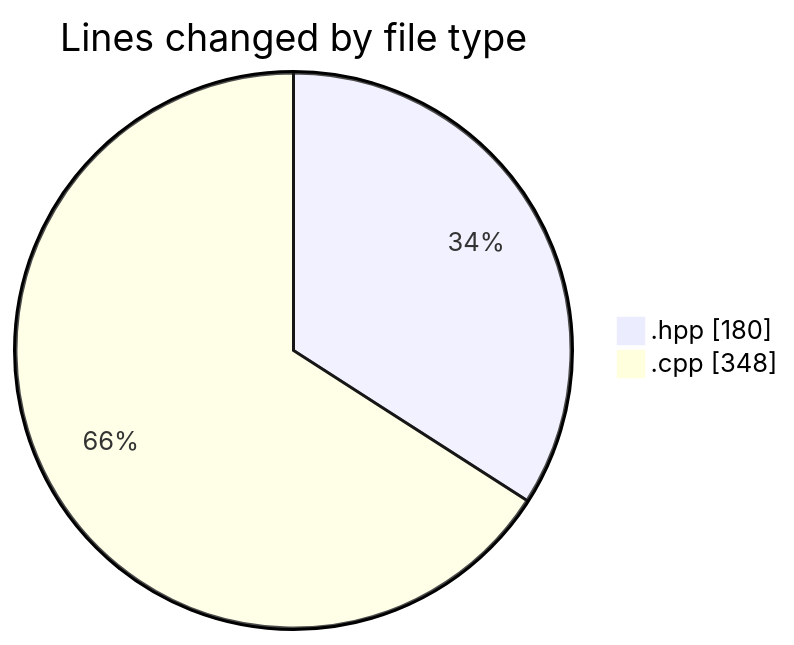
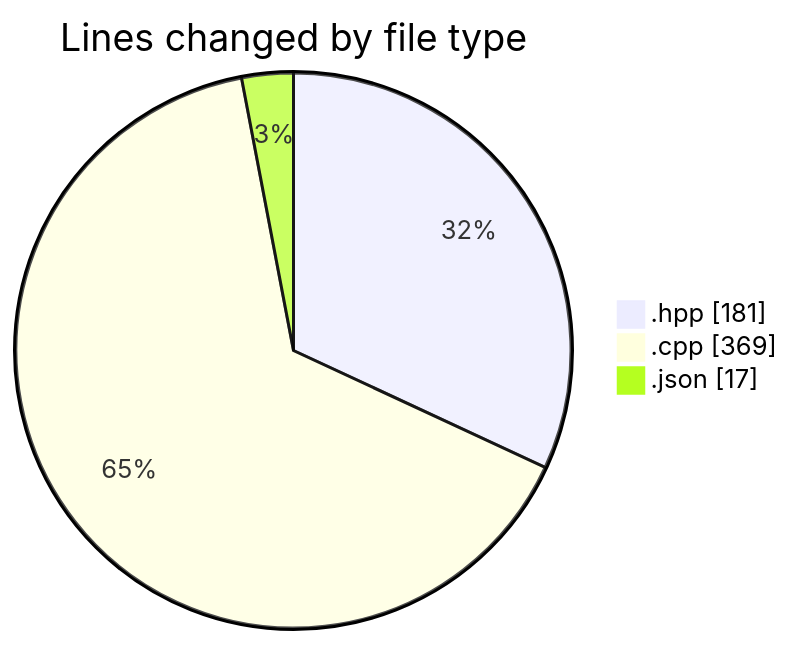
The first of 2 diagrams in 2025-05-04/date/README.md (Netris89/code-tracking), drawn with Mermaid before and after one commit. The commit also changed other lines of this file and 1 other file, not shown here.

````diff
--- a/2025-05-04/date/README.md
+++ b/2025-05-04/date/README.md
@@ -27,6 +28,7 @@
 ```mermaid
 pie showData
 title Lines changed by file type
-".hpp" : 180
-".cpp" : 348
+".hpp" : 181
+".cpp" : 369
+".json" : 17
 ```
````
